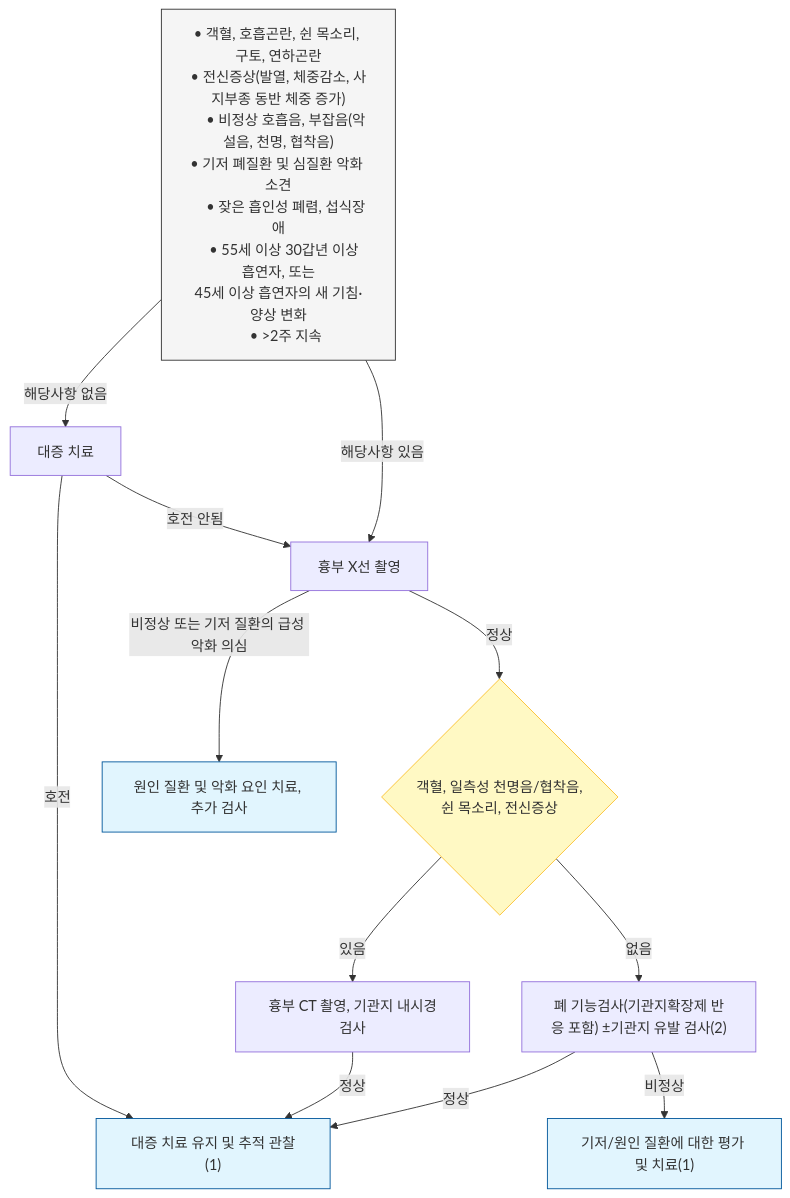
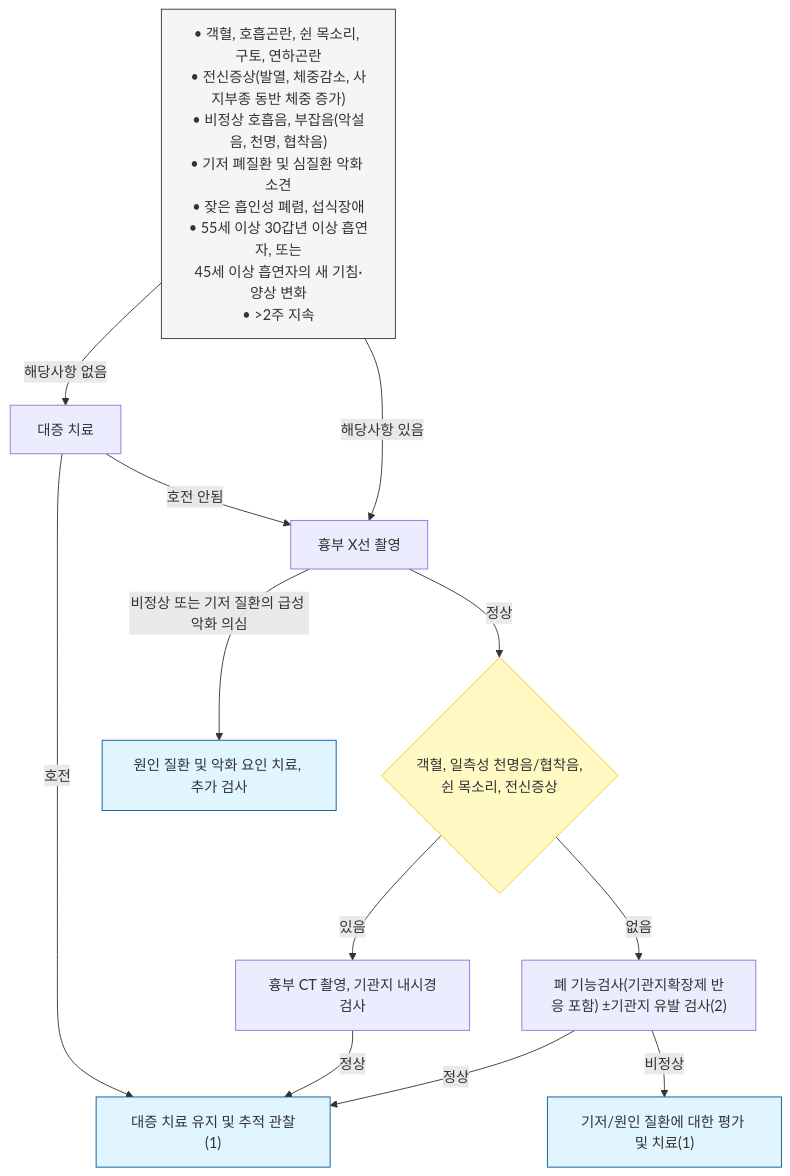
Before and after one commit to familyoh77/familyoh77: the first of 3 diagrams in 220_/006_-cough.md, drawn with Mermaid. The commit also changed other lines of this file, not shown here.

````diff
--- a/220_/006_-cough.md
+++ b/220_/006_-cough.md
@@ -181,33 +190,29 @@
 ```mermaid
 graph TD
     %% 텍스트 양옆에 &emsp;를 추가하여 가로 길이를 강제로 늘립니다.
-    Start["• 객혈, 호흡곤란, 쉰 목소리, 구토, 연하곤란<br/>• 전신증상(발열, 체중감소, 사지부종 동반 체중 증가)
-    • 비정상 호흡음, 부잡음(악설음, 천명, 협착음)<br/>• 기저 폐질환 및 심질환 악화 소견
-    • 잦은 흡인성 폐렴, 섭식장애
-    • 55세 이상 30갑년 이상 흡연자, 또는<br/>45세 이상 흡연자의 새 기침·양상 변화
-    • >2주 지속"]
+    Start["• 객혈, 호흡곤란, 쉰 목소리, 구토, 연하곤란<br/>• 전신증상(발열, 체중감소, 사지부종 동반 체중 증가)<br/>• 비정상 호흡음, 부잡음(악설음, 천명, 협착음)<br/>• 기저 폐질환 및 심질환 악화 소견<br/>• 잦은 흡인성 폐렴, 섭식장애<br/>• 55세 이상 30갑년 이상 흡연자, 또는<br/>45세 이상 흡연자의 새 기침·양상 변화<br/>• >2주 지속"]
 
     Start -- "해당사항 없음" --> Symptomatic["대증 치료"]
     Symptomatic -- "호전" --> Maintain["대증 치료 유지 및 추적 관찰(1)"]
     Symptomatic -- "호전 안됨" --> Xray
     
     Start -- "해당사항 있음" --> Xray["흉부 X선 촬영"]
 
     Xray -- "정상" --> RedFlags{"객혈, 일측성 천명음/협착음,<br/>쉰 목소리, 전신증상"}
     Xray -- "비정상 또는 기저 질환의 급성 악화 의심" --> TreatCause["원인 질환 및 악화 요인 치료, 추가 검사"]
 
     RedFlags -- "있음" --> CT["흉부 CT 촬영, 기관지 내시경검사"]
     RedFlags -- "없음" --> PFT["폐 기능검사(기관지확장제 반응 포함) ±기관지 유발 검사(2)"]
 
     CT -- "정상" --> Maintain
     PFT -- "정상" --> Maintain
     PFT -- "비정상" --> TreatBase["기저/원인 질환에 대한 평가 및 치료(1)"]
 
     style Start fill:#f5f5f5,stroke:#333
     style Maintain fill:#e1f5fe,stroke:#01579b
     style TreatCause fill:#e1f5fe,stroke:#01579b
     style TreatBase fill:#e1f5fe,stroke:#01579b
     style RedFlags fill:#fff9c4,stroke:#fbc02d
 
     
 ```
````
